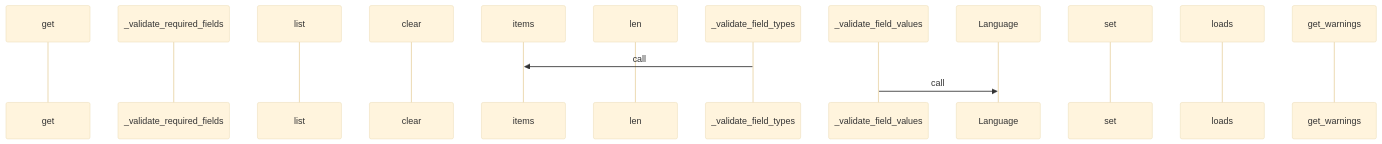
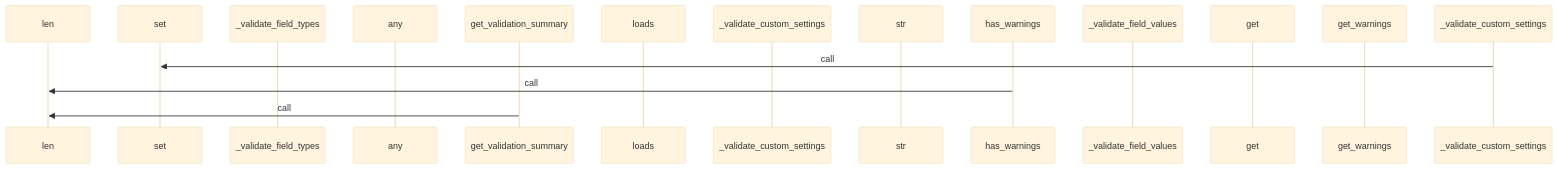
One commit to yeonjae-personal/codemuse-backend changed the third of 4 diagrams in generated_docs/rule_analyzer/formatters/options/option_validator.md. Above: the diagram before and after it, drawn with Mermaid (base theme). The commit also changed other lines of this file and 3378 other files, not shown here.

````diff
--- a/generated_docs/rule_analyzer/formatters/options/option_validator.md
+++ b/generated_docs/rule_analyzer/formatters/options/option_validator.md
@@ -188,17 +188,18 @@
 ```mermaid
 sequenceDiagram
+  participant len as len
+  participant set as set
+  participant _validate_field_types as _validate_field_types
+  participant any as any
+  participant get_validation_summary as get_validation_summary
+  participant loads as loads
+  participant _validate_custom_setting as _validate_custom_settings
+  participant str as str
+  participant has_warnings as has_warnings
+  participant _validate_field_values as _validate_field_values
   participant get as get
-  participant _validate_required_field as _validate_required_fields
-  participant list as list
-  participant clear as clear
-  participant items as items
-  participant len as len
-  participant _validate_field_types as _validate_field_types
-  participant _validate_field_values as _validate_field_values
-  participant Language as Language
-  participant set as set
-  participant loads as loads
   participant get_warnings as get_warnings
-  _validate_field_types->>items: call
-  _validate_field_values->>Language: call
+  _validate_custom_settings->>set: call
+  has_warnings->>len: call
+  get_validation_summary->>len: call
 ```
````
